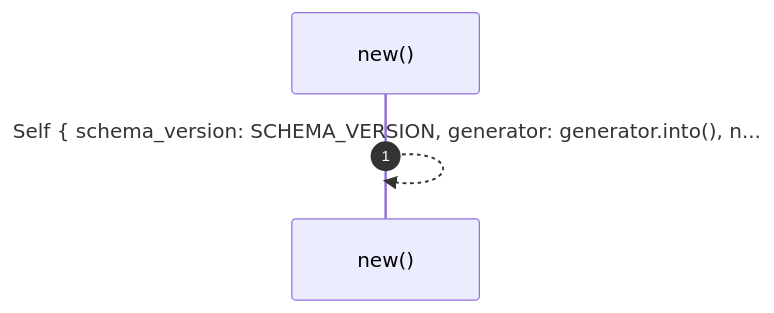
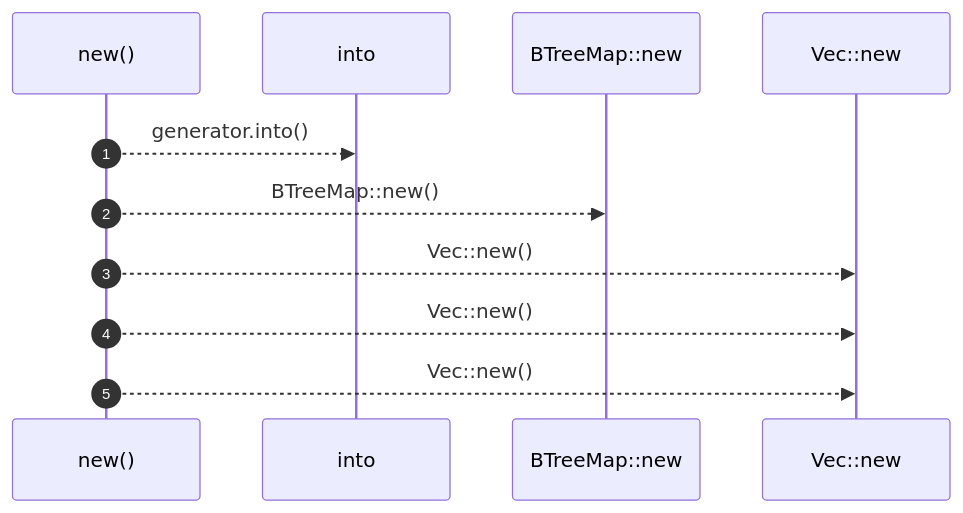
One commit to RyanGuild/self-describing-code changed the first of 8 diagrams in docs/self-model/robby_ir/model/impl-document.md. Above: the diagram before and after it, drawn with Mermaid. The commit also changed other lines of this file and 1404 other files, not shown here.

````diff
--- a/docs/self-model/robby_ir/model/impl-document.md
+++ b/docs/self-model/robby_ir/model/impl-document.md
@@ -123,6 +269,13 @@
 ```mermaid
 sequenceDiagram
     autonumber
     participant new as new()
-    new-->>new: Self { schema_version: SCHEMA_VERSION, generator: generator.into(), n...
+    participant into as into
+    participant BTreeMap__new as BTreeMap::new
+    participant Vec__new as Vec::new
+    new-->>into: generator.into()
+    new-->>BTreeMap__new: BTreeMap::new()
+    new-->>Vec__new: Vec::new()
+    new-->>Vec__new: Vec::new()
+    new-->>Vec__new: Vec::new()
 ```
````
